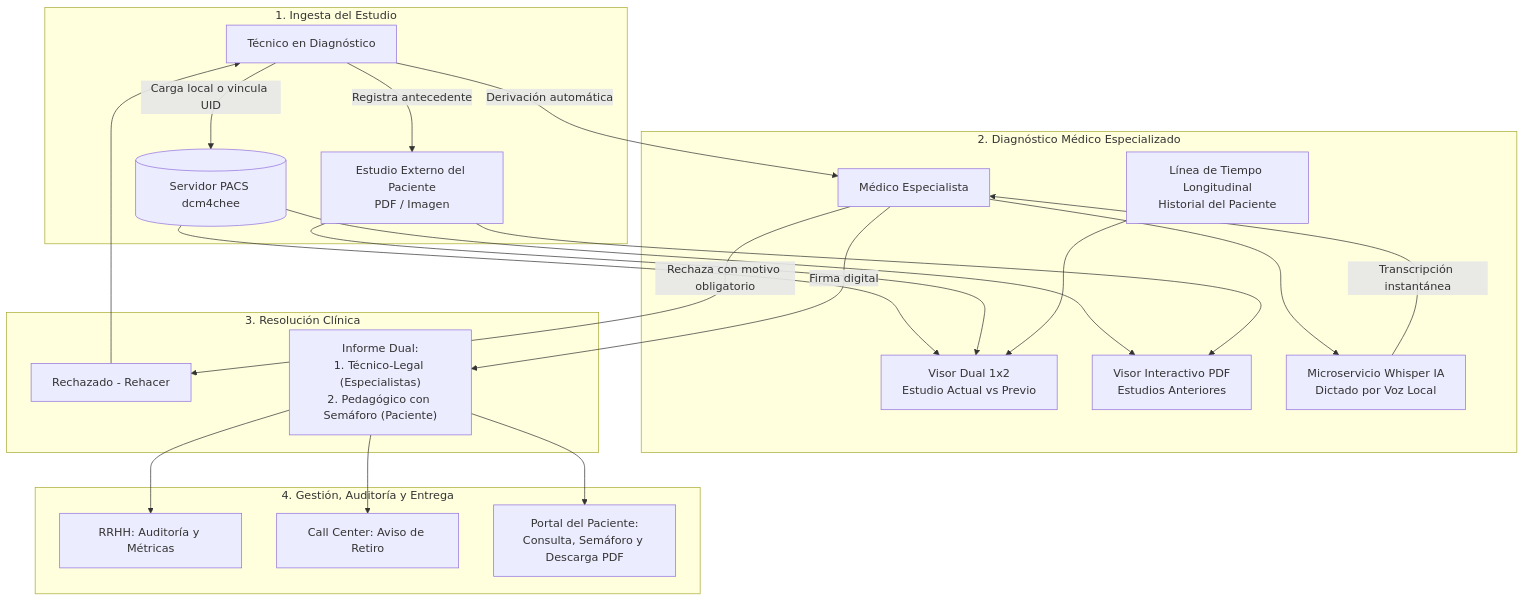
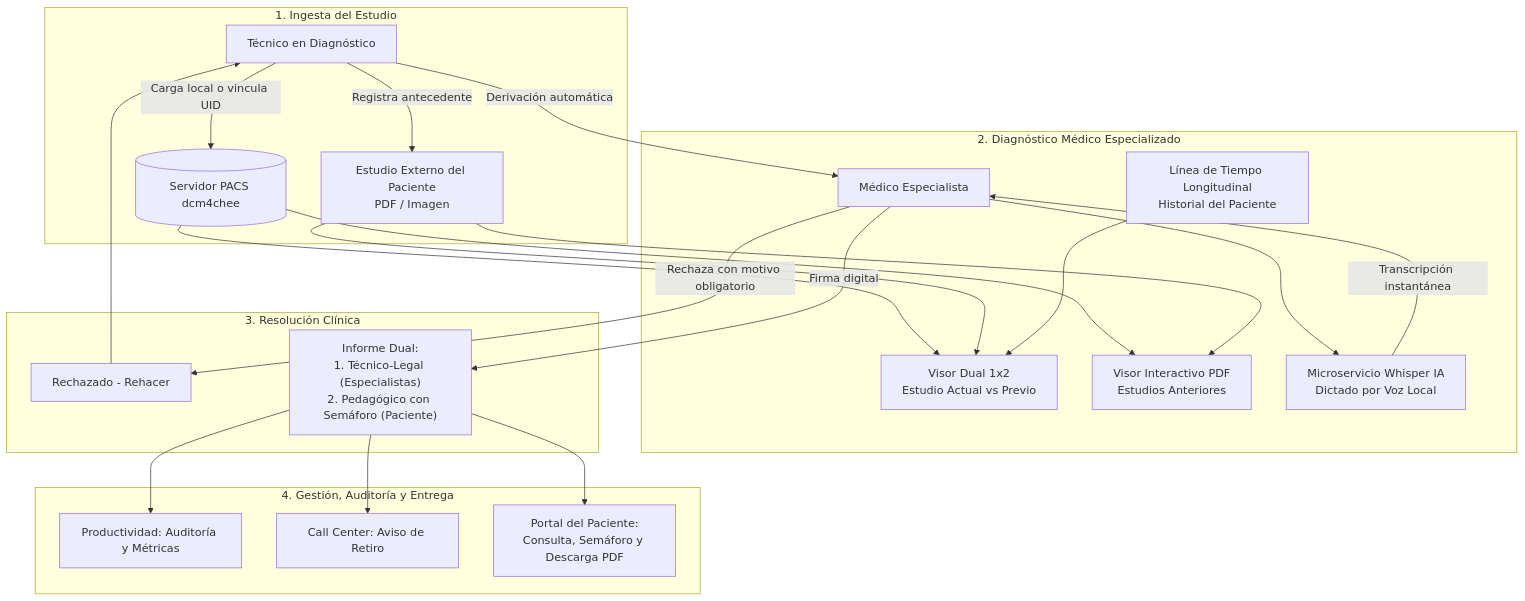
The diagram in README.md (Scomes02/ReportFlow), drawn with Mermaid before and after one commit. The commit also changed other lines of this file, not shown here.

````diff
--- a/README.md
+++ b/README.md
@@ -174,36 +188,36 @@
 ```mermaid
 flowchart TD
     subgraph INGESTA["1. Ingesta del Estudio"]
         T[Técnico en Diagnóstico]
         P_PACS[(Servidor PACS dcm4chee)]
         EXT[Estudio Externo del Paciente\nPDF / Imagen]
         T -->|Carga local o vincula UID| P_PACS
         T -->|Registra antecedente| EXT
     end
 
     subgraph DIAGNOSTICO["2. Diagnóstico Médico Especializado"]
         M[Médico Especialista]
         VD["Visor Dual 1x2\nEstudio Actual vs Previo"]
         PDF["Visor Interactivo PDF\nEstudios Anteriores"]
         TL["Línea de Tiempo Longitudinal\nHistorial del Paciente"]
         W["Microservicio Whisper IA\nDictado por Voz Local"]
         
         T -->|Derivación automática| M
         P_PACS & EXT --> VD & PDF
         TL --> VD
         M --> W
         W -->|Transcripción instantánea| M
     end
 
     subgraph DECISION["3. Resolución Clínica"]
         M -->|Rechaza con motivo obligatorio| REH[Rechazado - Rehacer]
         REH --> T
         M -->|Firma digital| DUAL["Informe Dual:\n1. Técnico-Legal (Especialistas)\n2. Pedagógico con Semáforo (Paciente)"]
     end
 
     subgraph DISTRIBUCION["4. Gestión, Auditoría y Entrega"]
-        DUAL --> RRHH[RRHH: Auditoría y Métricas]
+        DUAL --> PROD[Productividad: Auditoría y Métricas]
         DUAL --> CC[Call Center: Aviso de Retiro]
         DUAL --> PORTAL[Portal del Paciente:\nConsulta, Semáforo y Descarga PDF]
     end
 ```
````
